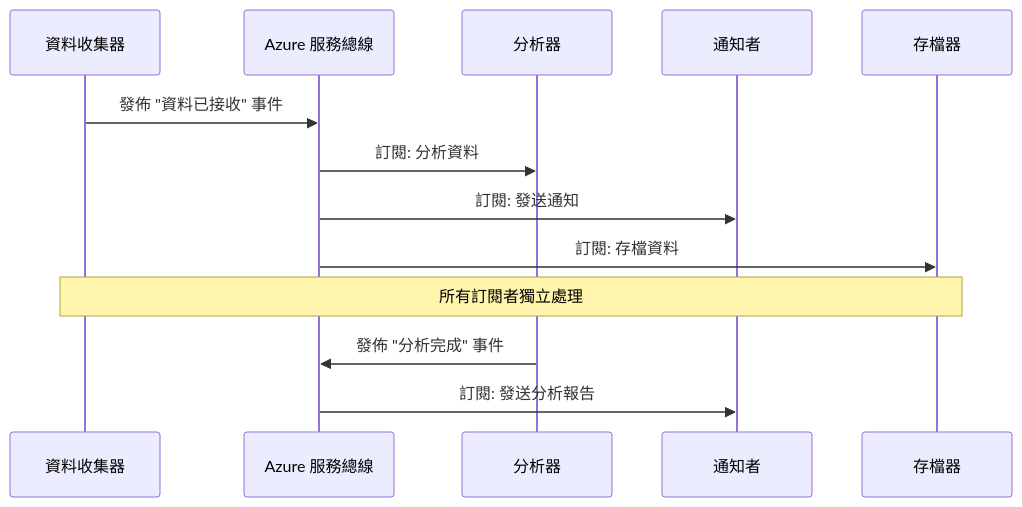
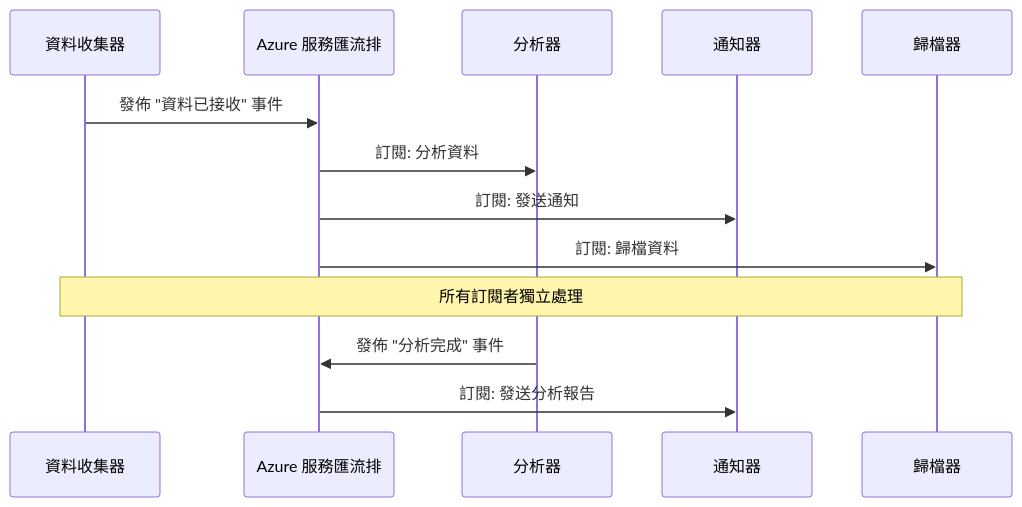
One commit to microsoft/AZD-for-beginners changed the fourth of 6 diagrams in translations/zh-MO/docs/chapter-06-pre-deployment/coordination-patterns.md. Above: the diagram before and after it, drawn with Mermaid. The commit also changed other lines of this file and 101 other files, not shown here.

````diff
--- a/translations/zh-MO/docs/chapter-06-pre-deployment/coordination-patterns.md
+++ b/translations/zh-MO/docs/chapter-06-pre-deployment/coordination-patterns.md
@@ -191,18 +185,18 @@
 ```mermaid
 sequenceDiagram
     participant Agent1 as 資料收集器
-    participant EventBus as Azure 服務總線
+    participant EventBus as Azure 服務匯流排
     participant Agent2 as 分析器
-    participant Agent3 as 通知者
-    participant Agent4 as 存檔器
+    participant Agent3 as 通知器
+    participant Agent4 as 歸檔器
     
     Agent1->>EventBus: 發佈 "資料已接收" 事件
     EventBus->>Agent2: 訂閱: 分析資料
     EventBus->>Agent3: 訂閱: 發送通知
-    EventBus->>Agent4: 訂閱: 存檔資料
+    EventBus->>Agent4: 訂閱: 歸檔資料
     
     Note over Agent1,Agent4: 所有訂閱者獨立處理
     
     Agent2->>EventBus: 發佈 "分析完成" 事件
     EventBus->>Agent3: 訂閱: 發送分析報告
 ```
````
